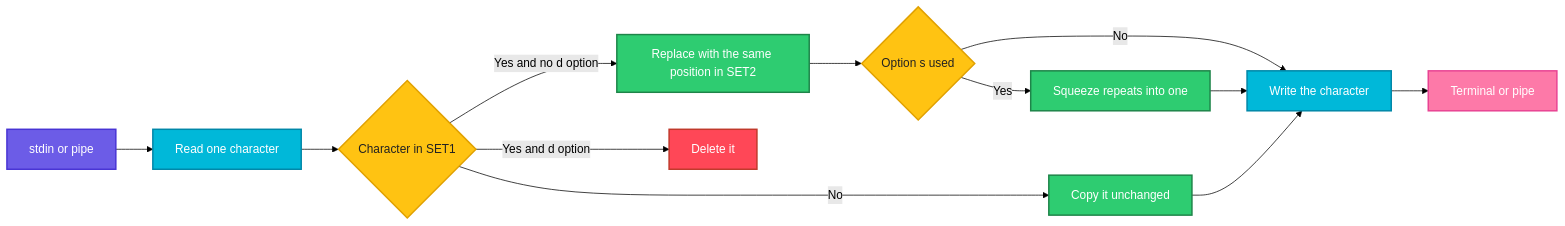
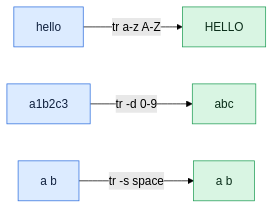
One commit to codeKerdosTech/DevOps-Documentation changed the diagram in linux/text-processing/tr.md. Above: the diagram before and after it, drawn with Mermaid (forest theme). The commit also changed other lines of this file and 165 other files, not shown here.

Commit message:
updated diagrams in linux

````diff
--- a/linux/text-processing/tr.md
+++ b/linux/text-processing/tr.md
@@ -31,28 +31,13 @@
 ```mermaid
 flowchart LR
-    A[stdin or pipe] --> B[Read one character]
-    B --> C{Character in SET1}
-    C -->|No| D[Copy it unchanged]
-    C -->|Yes and no d option| E[Replace with the same position in SET2]
-    C -->|Yes and d option| F[Delete it]
-    E --> G{Option s used}
-    G -->|Yes| H[Squeeze repeats into one]
-    G -->|No| I[Write the character]
-    H --> I
-    D --> I
-    I --> J[Terminal or pipe]
-    classDef start fill:#6C5CE7,stroke:#4834D4,stroke-width:2px,color:#fff
-    classDef proc fill:#00B8D9,stroke:#0087A8,stroke-width:2px,color:#fff
-    classDef dec fill:#FFC312,stroke:#E1A100,stroke-width:2px,color:#222
-    classDef ok fill:#2ECC71,stroke:#1E8449,stroke-width:2px,color:#fff
-    classDef err fill:#FF4757,stroke:#C0392B,stroke-width:2px,color:#fff
-    classDef out fill:#FD79A8,stroke:#E84393,stroke-width:2px,color:#fff
-    classDef alt fill:#FF9F43,stroke:#E67E22,stroke-width:2px,color:#fff
-    class A start
-    class B proc
-    class C,G dec
-    class D,E,H ok
-    class F err
-    class I proc
-    class J out
+    i1[hello] -->|tr a-z A-Z| o1[HELLO]
+    i2[a1b2c3] -->|tr -d 0-9| o2[abc]
+    i3[a   b] -->|tr -s space| o3[a b]
+    classDef inp fill:#DCEBFF,stroke:#2F6FDE,color:#10213F
+    classDef cmd fill:#FFF0C2,stroke:#C98A00,color:#3A2A00
+    classDef out fill:#D9F5E3,stroke:#1F9D55,color:#0B2E1A
+    classDef bad fill:#FDE0E0,stroke:#D13B3B,color:#4A0F0F
+    classDef note fill:#ECEFF3,stroke:#7B8794,color:#1F2933
+    class i1,i2,i3 inp
+    class o1,o2,o3 out
 ```
````
